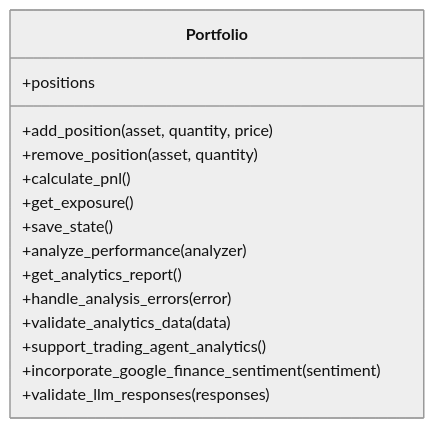
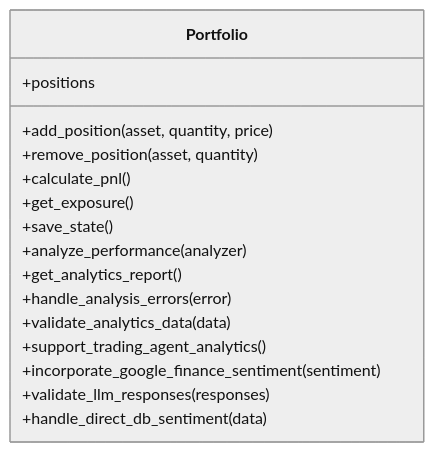
One commit to ZengSeng/telegram-bot changed the sixth of 13 diagrams in .qoder/repowiki/en/content/Core Components/Analysis Framework.md. Above: the diagram before and after it, drawn with Mermaid (neutral theme). The commit also changed other lines of this file and 11 other files, not shown here.

````diff
--- a/.qoder/repowiki/en/content/Core Components/Analysis Framework.md
+++ b/.qoder/repowiki/en/content/Core Components/Analysis Framework.md
@@ -362,18 +368,19 @@
 ```mermaid
 classDiagram
 class Portfolio {
 +positions
 +add_position(asset, quantity, price)
 +remove_position(asset, quantity)
 +calculate_pnl()
 +get_exposure()
 +save_state()
 +analyze_performance(analyzer)
 +get_analytics_report()
 +handle_analysis_errors(error)
 +validate_analytics_data(data)
 +support_trading_agent_analytics()
 +incorporate_google_finance_sentiment(sentiment)
 +validate_llm_responses(responses)
++handle_direct_db_sentiment(data)
 }
 ```
````
